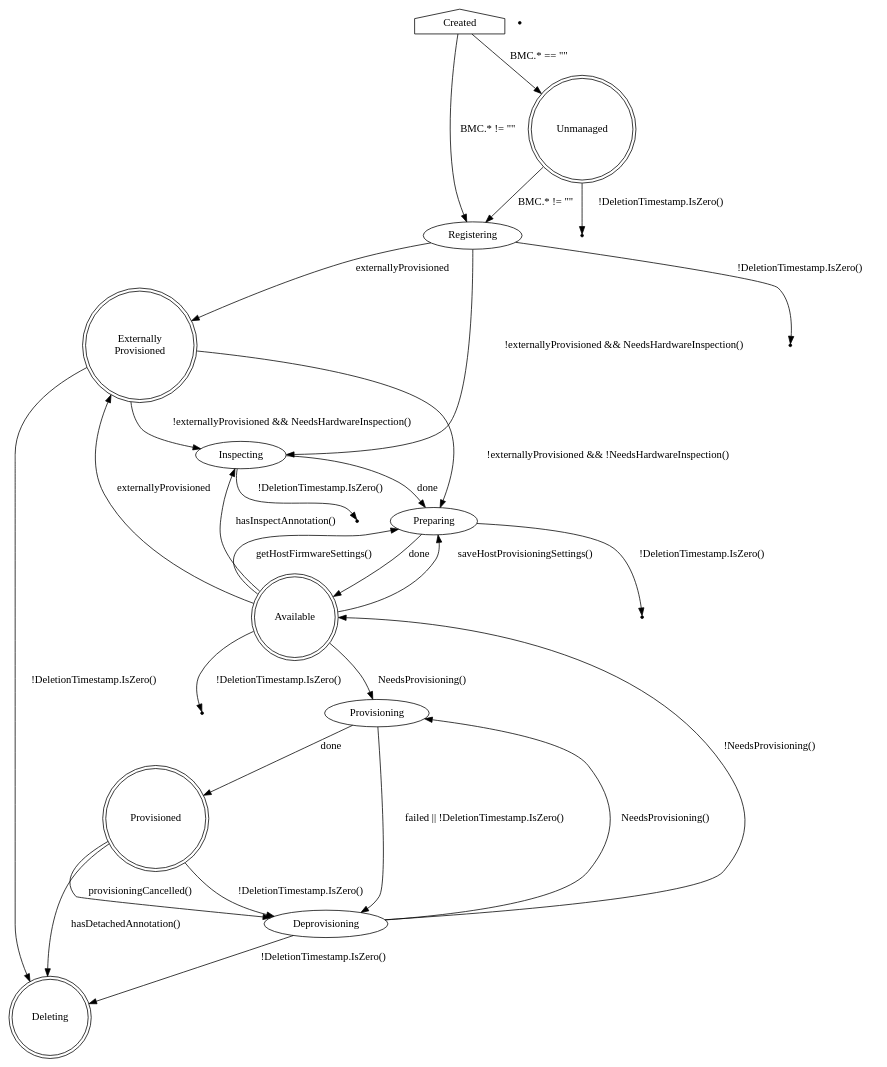
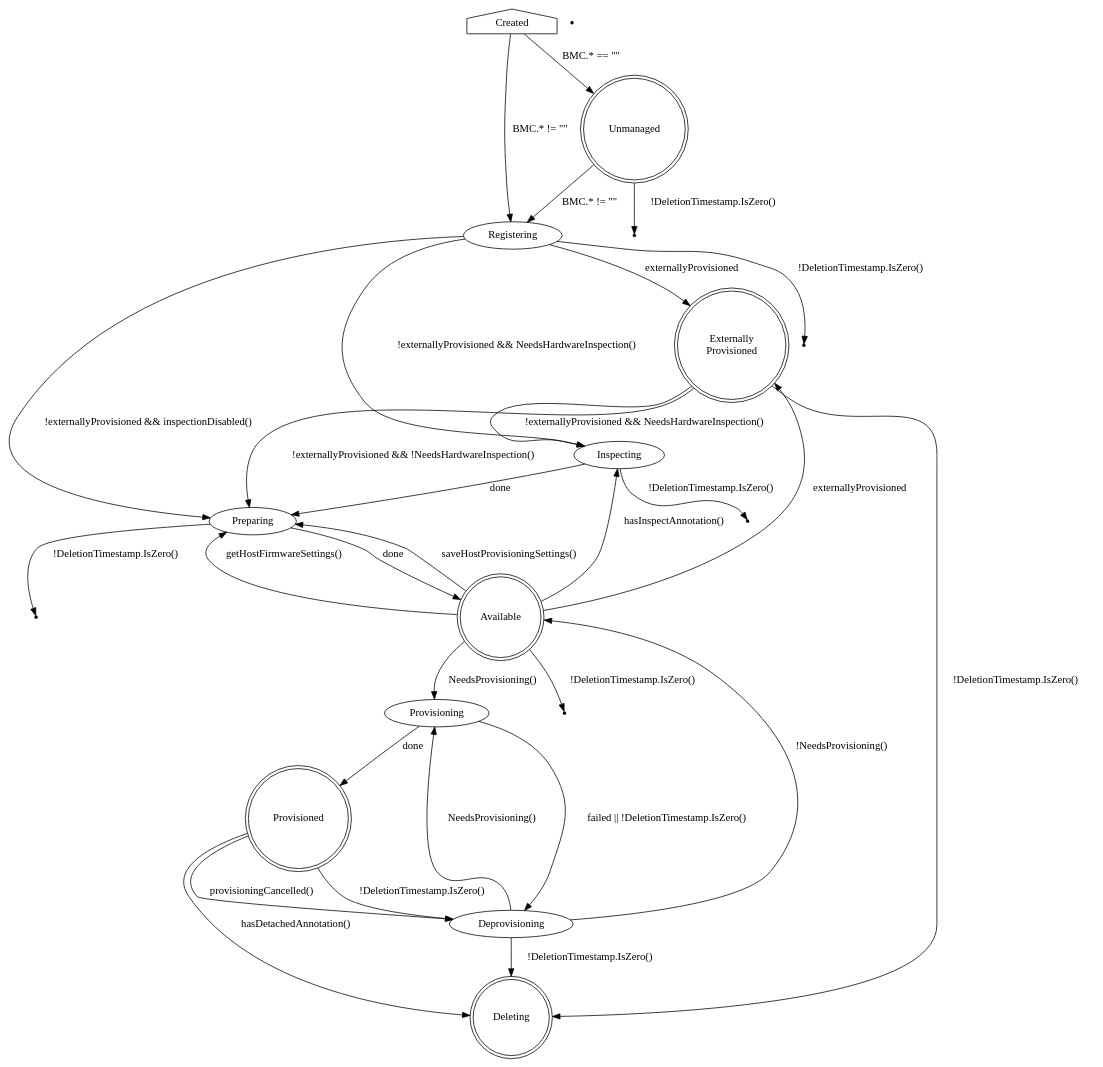
The diagram in docs/BaremetalHost_ProvisioningState.dot (metal3-io/baremetal-operator), drawn with Graphviz before and after one commit. The commit also changed 3 other files, not shown here.

First line of the commit message:
Skip the inspecting state when inspection is disabled

```diff
--- a/docs/BaremetalHost_ProvisioningState.dot
+++ b/docs/BaremetalHost_ProvisioningState.dot
@@ -1,61 +1,62 @@
 digraph BaremetalHost {
     Created [shape=house]
     Created -> Unmanaged [label="BMC.* == \"\""]
     Created -> Registering [label="BMC.* != \"\""]
 
     Unmanaged [shape=doublecircle]
     Unmanaged -> Registering [label="BMC.* != \"\""]
     Unmanaged -> Deleting1 [label="!DeletionTimestamp.IsZero()"]
 
     Deleting1 [shape=point]
 
     ExternallyProvisioned [label="Externally\nProvisioned"]
 
     Registering -> Inspecting [label="!externallyProvisioned && NeedsHardwareInspection()"]
+    Registering -> Preparing [label="!externallyProvisioned && inspectionDisabled()"]
     Registering -> ExternallyProvisioned [label="externallyProvisioned"]
     Registering -> Deleting2 [label="!DeletionTimestamp.IsZero()"]
 
     Deleting2 [shape=point]
 
     ExternallyProvisioned -> Inspecting [label="!externallyProvisioned && NeedsHardwareInspection()"]
     ExternallyProvisioned -> Preparing [label="!externallyProvisioned && !NeedsHardwareInspection()"]
     Available -> ExternallyProvisioned [label="externallyProvisioned"]
 
     Inspecting -> Preparing [label="done"]
     Inspecting -> Deleting3 [label="!DeletionTimestamp.IsZero()"]
 
     Deleting3 [shape=point]
 
     Deleting5 [shape=point]
 
     Preparing -> Available [label="done"]
     Preparing -> Deleting6 [label="!DeletionTimestamp.IsZero()"]
 
     Deleting6 [shape=point]
 
     Available [shape=doublecircle]
     Available -> Provisioning [label="NeedsProvisioning()"]
     Available -> Preparing [label="saveHostProvisioningSettings()"]
     Available -> Preparing [label="getHostFirmwareSettings()"]
     Available -> Deleting7 [label="!DeletionTimestamp.IsZero()"]
     Available -> Inspecting [label="hasInspectAnnotation()"]
 
     Deleting7 [shape=point]
 
     Provisioning -> Provisioned [label=done]
     Provisioning -> Deprovisioning [label="failed || !DeletionTimestamp.IsZero()"]
 
     Provisioned [shape=doublecircle]
     Provisioned -> Deprovisioning [label="provisioningCancelled()"]
     Provisioned -> Deprovisioning [label="!DeletionTimestamp.IsZero()"]
     Provisioned -> Deleting [label="hasDetachedAnnotation()"]
 
     ExternallyProvisioned [shape=doublecircle]
     ExternallyProvisioned -> Deleting [label="!DeletionTimestamp.IsZero()"]
 
     Deprovisioning -> Provisioning [label="NeedsProvisioning()"]
     Deprovisioning -> Available [label="!NeedsProvisioning()"]
     Deprovisioning -> Deleting [label="!DeletionTimestamp.IsZero()"]
 
     Deleting [shape=doublecircle]
 }
```
